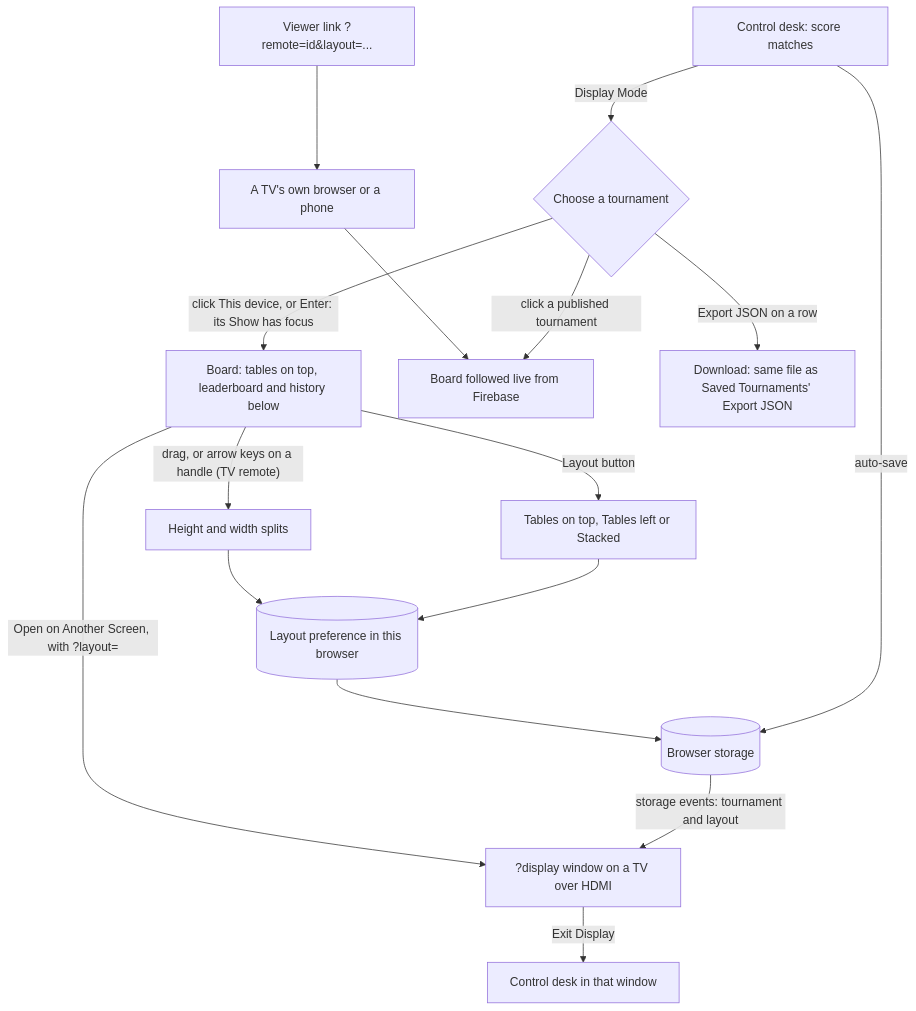
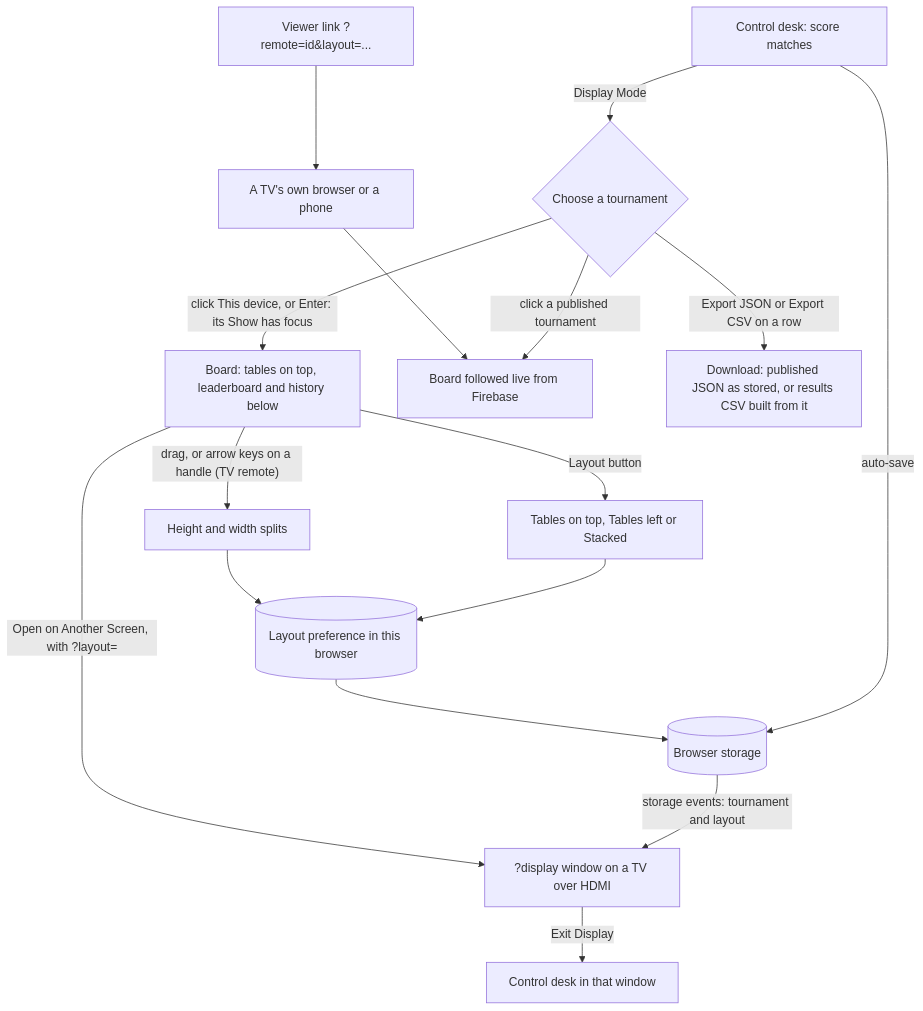
Before and after one commit to DT209/foos-tourney: the fifth of 7 diagrams in README.md, drawn with Mermaid. The commit also changed other lines of this file and 7 other files, not shown here.

First line of the commit message:
Display Mode list: published JSON exported as stored; Export CSV per row

````diff
--- a/README.md
+++ b/README.md
@@ -278,18 +280,18 @@
 ```mermaid
 flowchart TD
     DESK["Control desk: score matches"] -->|"Display Mode"| PICK{"Choose a tournament"}
     PICK -->|"click This device, or Enter: its Show has focus"| BOARD["Board: tables on top, leaderboard and history below"]
     PICK -->|"click a published tournament"| LIVE["Board followed live from Firebase"]
-    PICK -->|"Export JSON on a row"| FILE["Download: same file as Saved Tournaments' Export JSON"]
+    PICK -->|"Export JSON or Export CSV on a row"| FILE["Download: published JSON as stored, or results CSV built from it"]
     BOARD -->|"Layout button"| ARR["Tables on top, Tables left or Stacked"]
     BOARD -->|"drag, or arrow keys on a handle (TV remote)"| SIZE["Height and width splits"]
     ARR --> PREF[("Layout preference in this browser")]
     SIZE --> PREF
     DESK -->|"auto-save"| LS[("Browser storage")]
     LS -->|"storage events: tournament and layout"| WIN["?display window on a TV over HDMI"]
     PREF --> LS
     BOARD -->|"Open on Another Screen, with ?layout="| WIN
     LINK["Viewer link ?remote=id&layout=..."] --> TVB["A TV's own browser or a phone"]
     TVB --> LIVE
     WIN -->|"Exit Display"| DESK2["Control desk in that window"]
 ```
````
